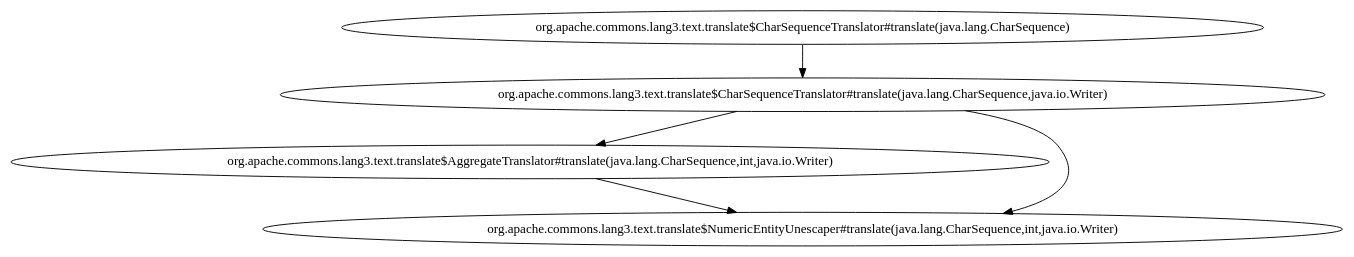
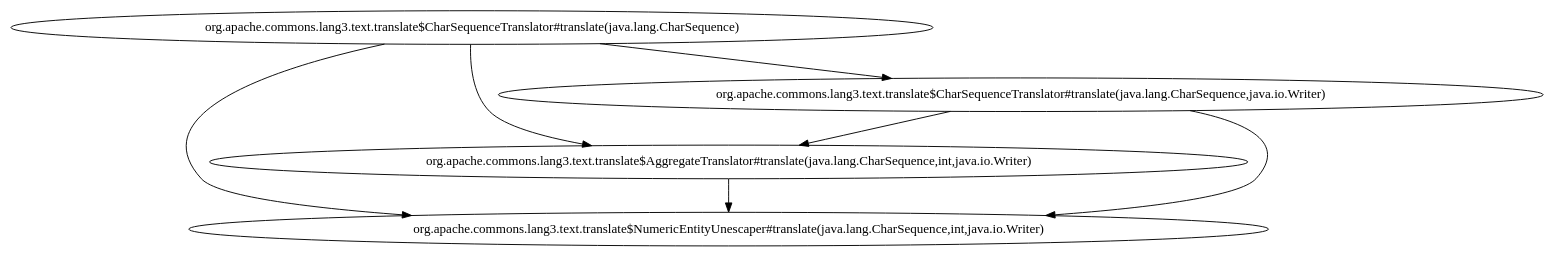
Before and after one commit to KimNaRyeong/CS454_team3_Bayesian_sbfl: the diagram in sootDAG_filtered/Lang-19_dependency_graph.dot, drawn with Graphviz. The commit also changed 129 other files, not shown here.

```diff
--- a/sootDAG_filtered/Lang-19_dependency_graph.dot
+++ b/sootDAG_filtered/Lang-19_dependency_graph.dot
@@ -1,6 +1,8 @@
 digraph G {
   "org.apache.commons.lang3.text.translate$AggregateTranslator#translate(java.lang.CharSequence,int,java.io.Writer)" -> "org.apache.commons.lang3.text.translate$NumericEntityUnescaper#translate(java.lang.CharSequence,int,java.io.Writer)";
+  "org.apache.commons.lang3.text.translate$CharSequenceTranslator#translate(java.lang.CharSequence,java.io.Writer)" -> "org.apache.commons.lang3.text.translate$AggregateTranslator#translate(java.lang.CharSequence,int,java.io.Writer)";
+  "org.apache.commons.lang3.text.translate$CharSequenceTranslator#translate(java.lang.CharSequence,java.io.Writer)" -> "org.apache.commons.lang3.text.translate$NumericEntityUnescaper#translate(java.lang.CharSequence,int,java.io.Writer)";
+  "org.apache.commons.lang3.text.translate$CharSequenceTranslator#translate(java.lang.CharSequence)" -> "org.apache.commons.lang3.text.translate$AggregateTranslator#translate(java.lang.CharSequence,int,java.io.Writer)";
   "org.apache.commons.lang3.text.translate$CharSequenceTranslator#translate(java.lang.CharSequence)" -> "org.apache.commons.lang3.text.translate$CharSequenceTranslator#translate(java.lang.CharSequence,java.io.Writer)";
-  "org.apache.commons.lang3.text.translate$CharSequenceTranslator#translate(java.lang.CharSequence,java.io.Writer)" -> "org.apache.commons.lang3.text.translate$NumericEntityUnescaper#translate(java.lang.CharSequence,int,java.io.Writer)";
-  "org.apache.commons.lang3.text.translate$CharSequenceTranslator#translate(java.lang.CharSequence,java.io.Writer)" -> "org.apache.commons.lang3.text.translate$AggregateTranslator#translate(java.lang.CharSequence,int,java.io.Writer)";
+  "org.apache.commons.lang3.text.translate$CharSequenceTranslator#translate(java.lang.CharSequence)" -> "org.apache.commons.lang3.text.translate$NumericEntityUnescaper#translate(java.lang.CharSequence,int,java.io.Writer)";
 }
```
